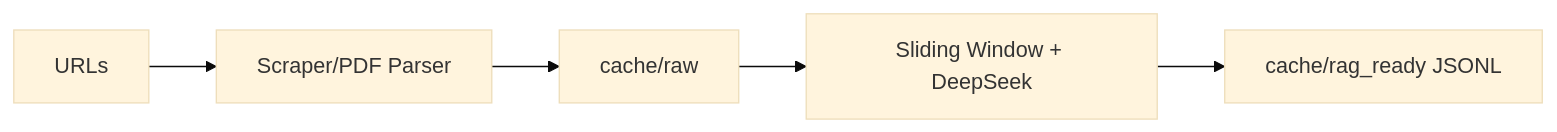
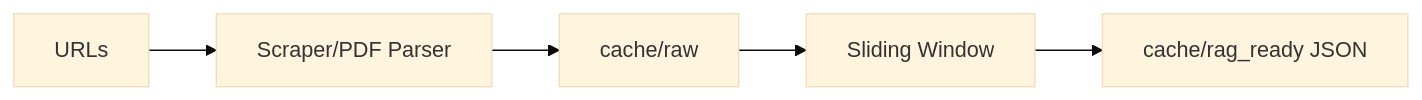
One commit to susom/rag_scrape_pipeline changed the diagram in README.md. Above: the diagram before and after it, drawn with Mermaid (base theme). The commit also changed other lines of this file and 12 other files, not shown here.

````diff
--- a/README.md
+++ b/README.md
@@ -27,5 +22,5 @@
 ```mermaid
 flowchart LR
     A[URLs] --> B[Scraper/PDF Parser] --> C[cache/raw]
-    C --> D[Sliding Window + DeepSeek] --> E[cache/rag_ready JSONL]
+    C --> D[Sliding Window] --> E[cache/rag_ready JSON]
 ```
````
